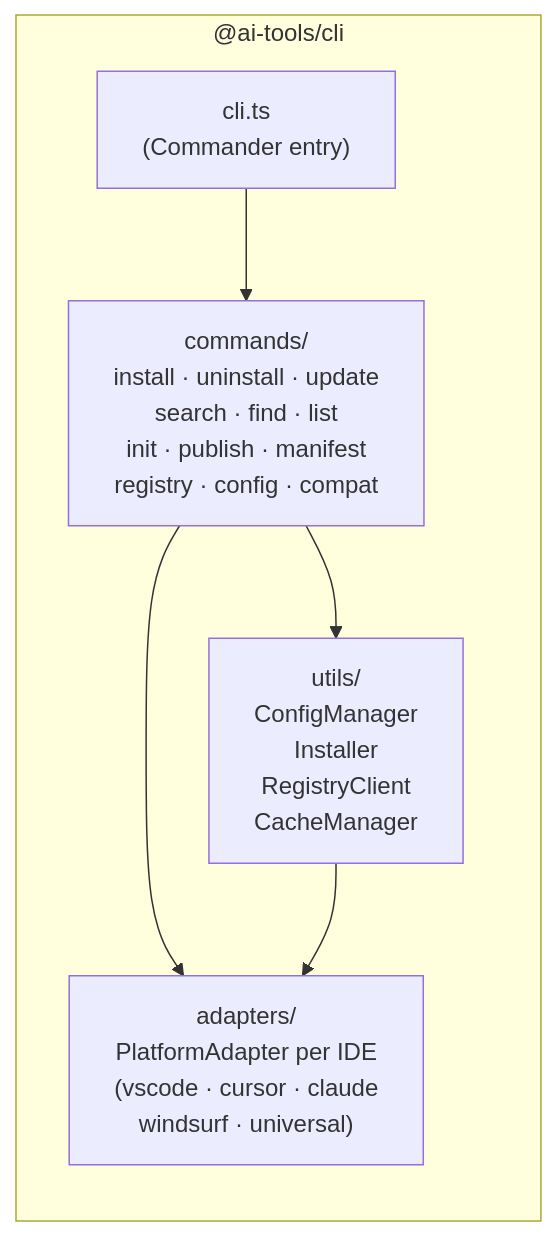
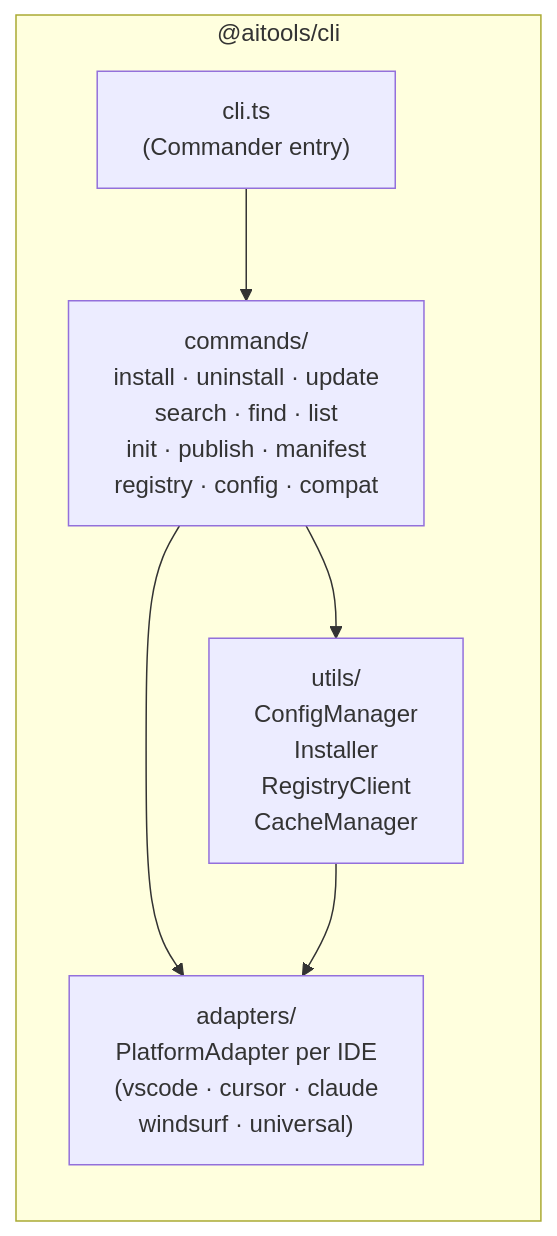
Before and after one commit to bitgenetics/aitools: the fourth of 7 diagrams in docs/design/architecture.md, drawn with Mermaid. The commit also changed other lines of this file and 132 other files, not shown here.

First line of the commit message:
refactor: rebrand to aitools CLI and @aitools/* packages

````diff
--- a/docs/design/architecture.md
+++ b/docs/design/architecture.md
@@ -104,14 +104,14 @@
 ```mermaid
 graph LR
-    subgraph cli["@ai-tools/cli"]
+    subgraph cli["@aitools/cli"]
         entry["cli.ts<br/>(Commander entry)"]
         commands["commands/<br/>install · uninstall · update<br/>search · find · list<br/>init · publish · manifest<br/>registry · config · compat"]
         adapters["adapters/<br/>PlatformAdapter per IDE<br/>(vscode · cursor · claude<br/>windsurf · universal)"]
         utils["utils/<br/>ConfigManager<br/>Installer<br/>RegistryClient<br/>CacheManager"]
     end
 
     entry --> commands
     commands --> utils
     commands --> adapters
     utils --> adapters
 ```
````
